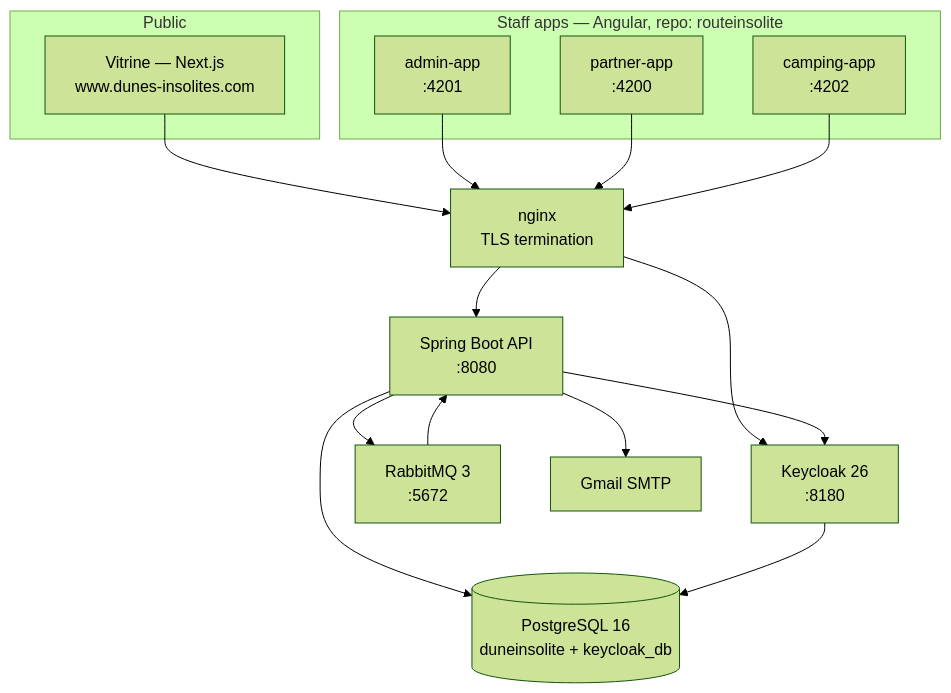
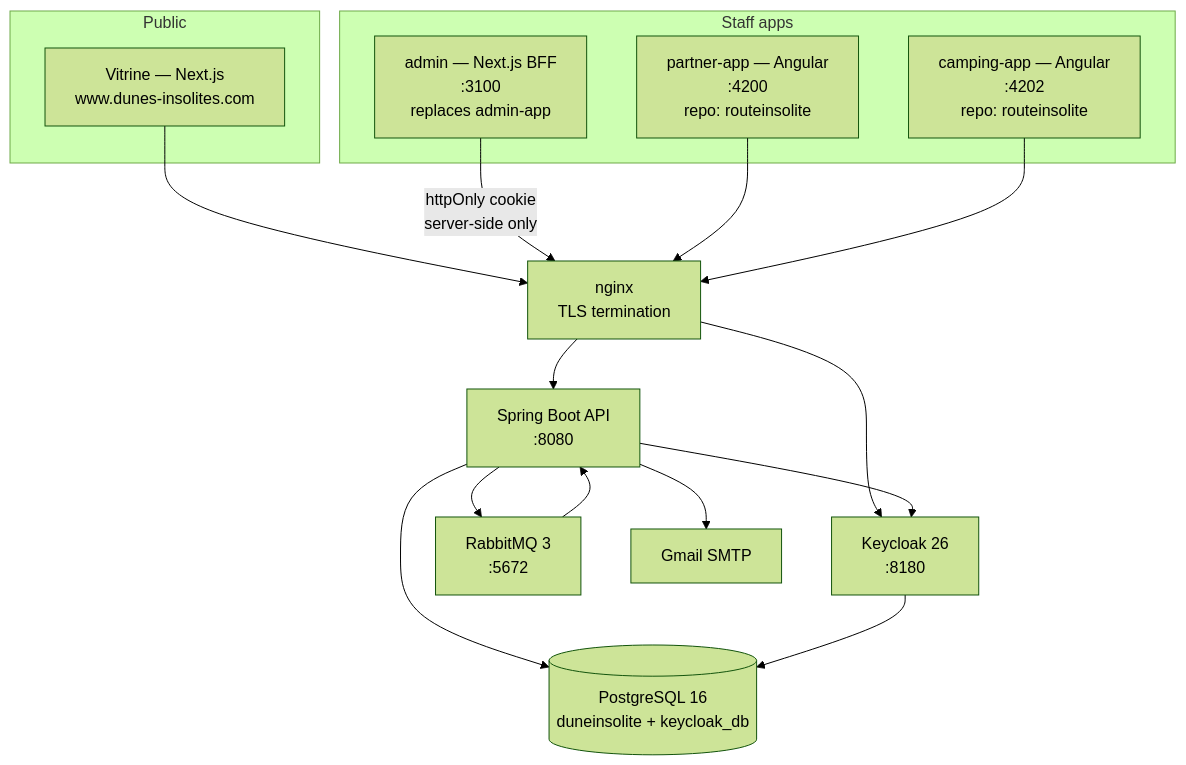
The first of 9 diagrams in ARCHITECTURE.md (AbdouHanafy-dev/dunes-insolites), drawn with Mermaid (forest theme) before and after one commit. The commit also changed other lines of this file and 68 other files, not shown here.

````diff
--- a/ARCHITECTURE.md
+++ b/ARCHITECTURE.md
@@ -57,30 +59,30 @@
 ```mermaid
 graph TB
     subgraph browsers["Public"]
         V["Vitrine — Next.js<br/>www.dunes-insolites.com"]
     end
-    subgraph staff["Staff apps — Angular, repo: routeinsolite"]
-        AD["admin-app<br/>:4201"]
-        PA["partner-app<br/>:4200"]
-        CA["camping-app<br/>:4202"]
+    subgraph staff["Staff apps"]
+        ADM["admin — Next.js BFF<br/>:3100<br/>replaces admin-app"]
+        PA["partner-app — Angular<br/>:4200<br/>repo: routeinsolite"]
+        CA["camping-app — Angular<br/>:4202<br/>repo: routeinsolite"]
     end
     NG["nginx<br/>TLS termination"]
     API["Spring Boot API<br/>:8080"]
     KC["Keycloak 26<br/>:8180"]
     MQ["RabbitMQ 3<br/>:5672"]
     PG[("PostgreSQL 16<br/>duneinsolite + keycloak_db")]
     SMTP["Gmail SMTP"]
 
     V --> NG
-    AD --> NG
+    ADM -- "httpOnly cookie<br/>server-side only" --> NG
     PA --> NG
     CA --> NG
     NG --> API
     NG --> KC
     API --> KC
     API --> PG
     API --> MQ
     MQ --> API
     API --> SMTP
     KC --> PG
 ```
````
